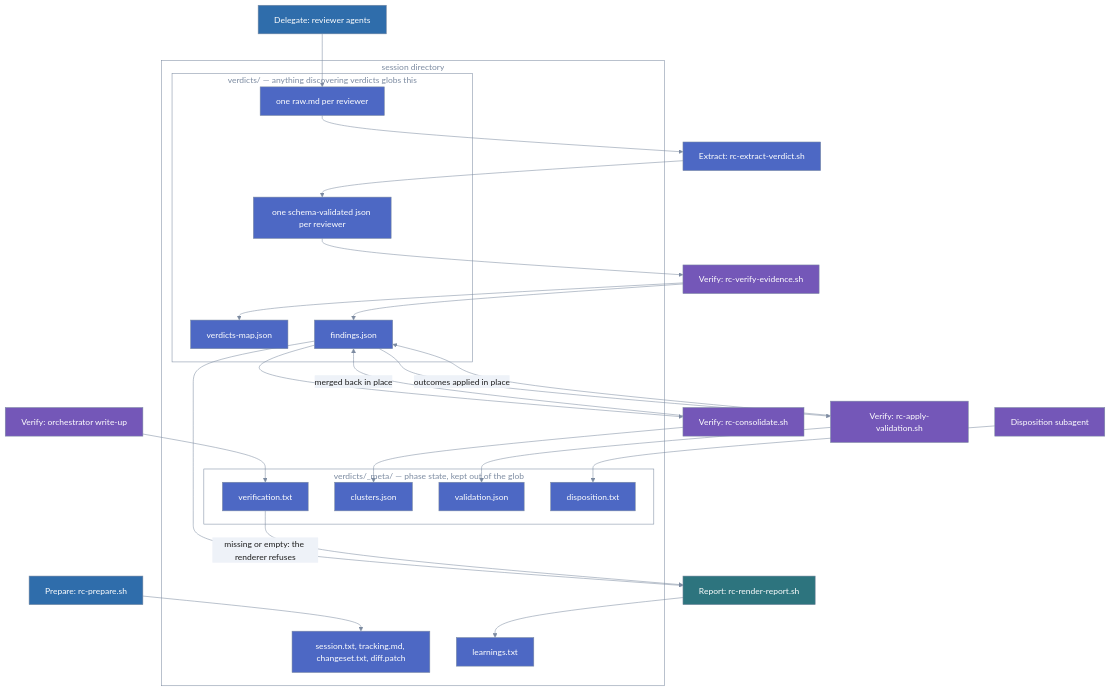
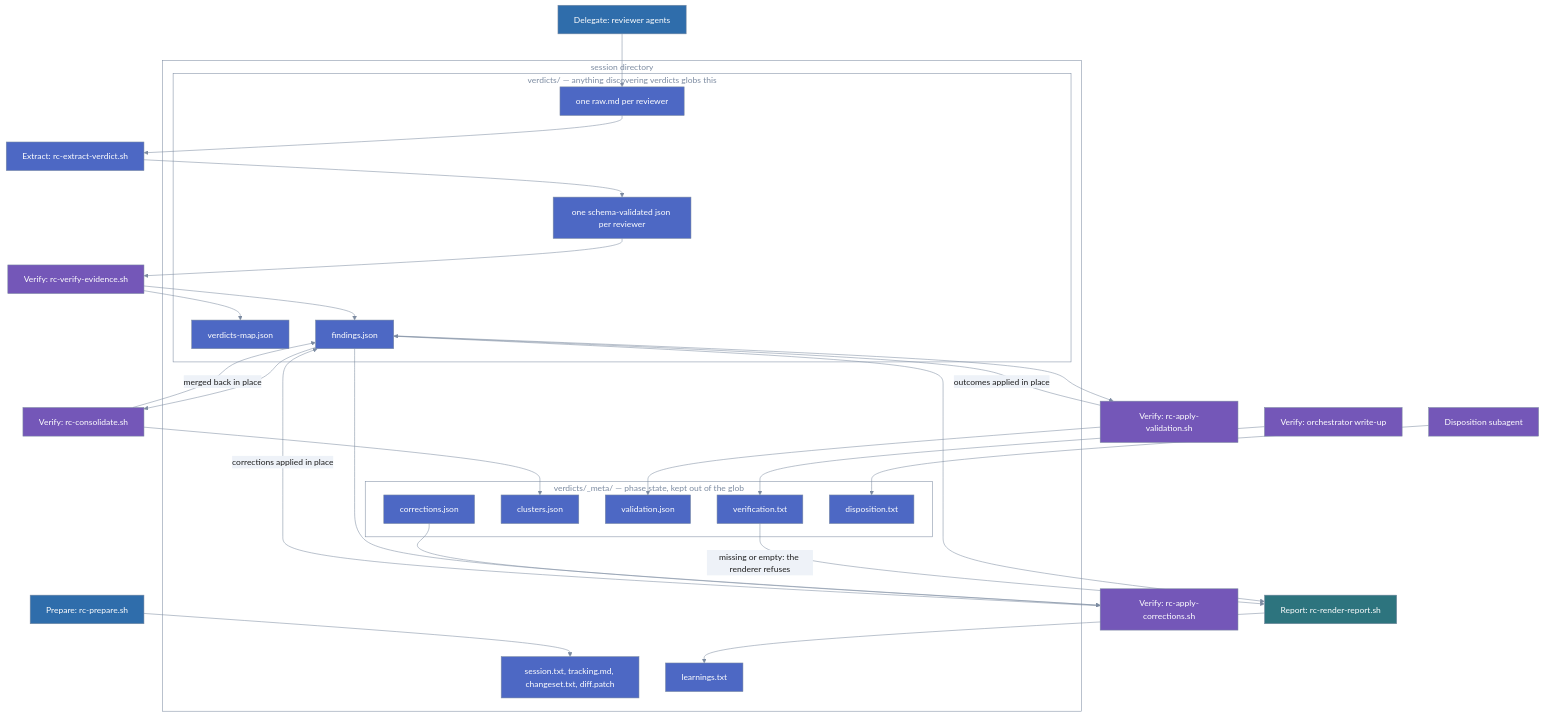
Before and after one commit to lolables/lola-mod-review-council: the second of 2 diagrams in docs/dev/pipeline.md, drawn with Mermaid. The commit also changed other lines of this file and 13 other files, not shown here.

````diff
--- a/docs/dev/pipeline.md
+++ b/docs/dev/pipeline.md
@@ -184,73 +184,78 @@
 ```mermaid
 %%{init: {'theme': 'base', 'themeVariables': {
   'primaryColor': '#2f6dab',
   'primaryTextColor': '#1e1e1e',
   'primaryBorderColor': '#7c8ba1',
   'lineColor': '#7c8ba1',
   'edgeLabelBackground': '#eef2f8',
   'tertiaryColor': 'transparent',
   'tertiaryTextColor': '#7c8ba1',
   'tertiaryBorderColor': '#7c8ba1',
   'clusterBkg': 'transparent',
   'clusterBorder': '#7c8ba1',
   'titleColor': '#7c8ba1',
   'noteBkgColor': '#eef2f8',
   'noteTextColor': '#1e1e1e',
   'fontFamily': 'system-ui, sans-serif'
 }, 'themeCSS': '.node .nodeLabel{color:#ffffff!important;fill:#ffffff!important;}'}}%%
 flowchart TD
   prep["Prepare: rc-prepare.sh"]
   del["Delegate: reviewer agents"]
   extr["Extract: rc-extract-verdict.sh"]
   vevi["Verify: rc-verify-evidence.sh"]
+  vcor["Verify: rc-apply-corrections.sh"]
   vcon["Verify: rc-consolidate.sh"]
   vval["Verify: rc-apply-validation.sh"]
   vorc["Verify: orchestrator write-up"]
   dsp["Disposition subagent"]
   rrep["Report: rc-render-report.sh"]
 
   subgraph sess["session directory"]
     meta1["session.txt, tracking.md, changeset.txt, diff.patch"]
     learn["learnings.txt"]
     subgraph vdir["verdicts/ — anything discovering verdicts globs this"]
       raw["one raw.md per reviewer"]
       vjson["one schema-validated json per reviewer"]
       vmap["verdicts-map.json"]
       find["findings.json"]
     end
     subgraph mdir["verdicts/_meta/ — phase state, kept out of the glob"]
       vtxt["verification.txt"]
       clus["clusters.json"]
       valj["validation.json"]
+      corj["corrections.json"]
       dtxt["disposition.txt"]
     end
   end
 
   prep --> meta1
   del --> raw
   raw --> extr
   extr --> vjson
   vjson --> vevi
   vevi --> vmap
   vevi --> find
+  find --> vcor
+  corj --> vcor
+  vcor -->|"corrections applied in place"| find
   find --> vcon
   vcon --> clus
   vval --> valj
   vcon -->|"merged back in place"| find
   find --> vval
   vval -->|"outcomes applied in place"| find
   vorc --> vtxt
   dsp --> dtxt
   find --> rrep
   vtxt -->|"missing or empty: the renderer refuses"| rrep
   rrep --> learn
 
   classDef sysA fill:#2f6dab,color:#ffffff,stroke:#7c8ba1
   classDef sysC fill:#7457b8,color:#ffffff,stroke:#7c8ba1
   classDef sysD fill:#2d747e,color:#ffffff,stroke:#7c8ba1
   classDef sysE fill:#4d68c4,color:#ffffff,stroke:#7c8ba1
   class prep,del sysA
-  class vevi,vcon,vval,vorc,dsp sysC
+  class vevi,vcor,vcon,vval,vorc,dsp sysC
   class rrep sysD
-  class extr,raw,vjson,vmap,find,vtxt,clus,valj,dtxt,meta1,learn sysE
+  class extr,raw,vjson,vmap,find,vtxt,clus,valj,corj,dtxt,meta1,learn sysE
 ```
````
